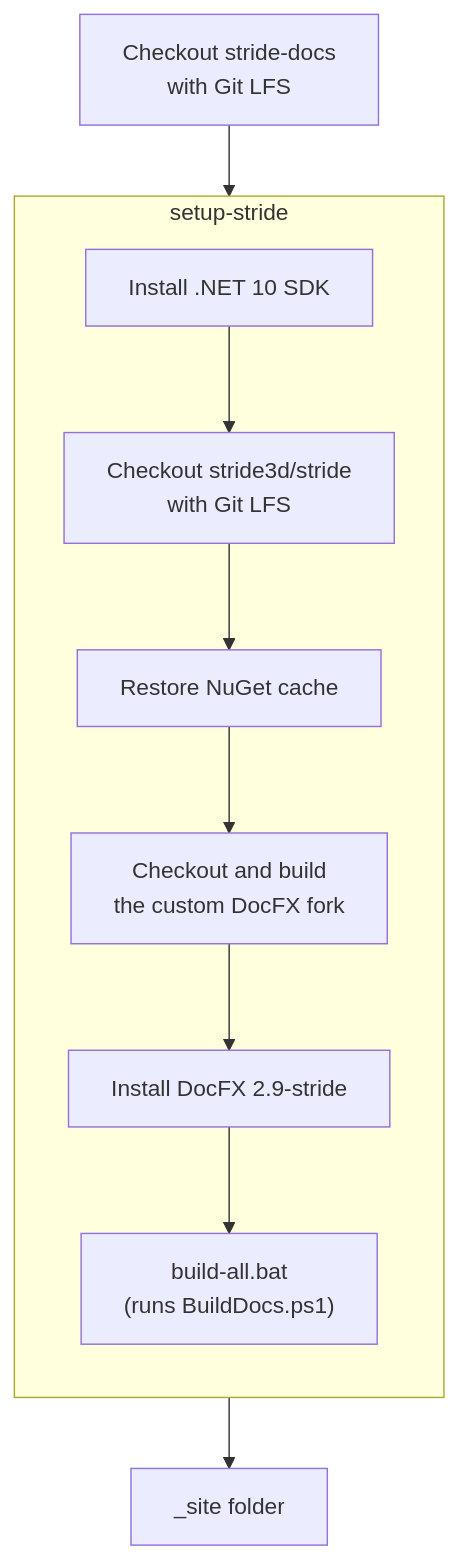
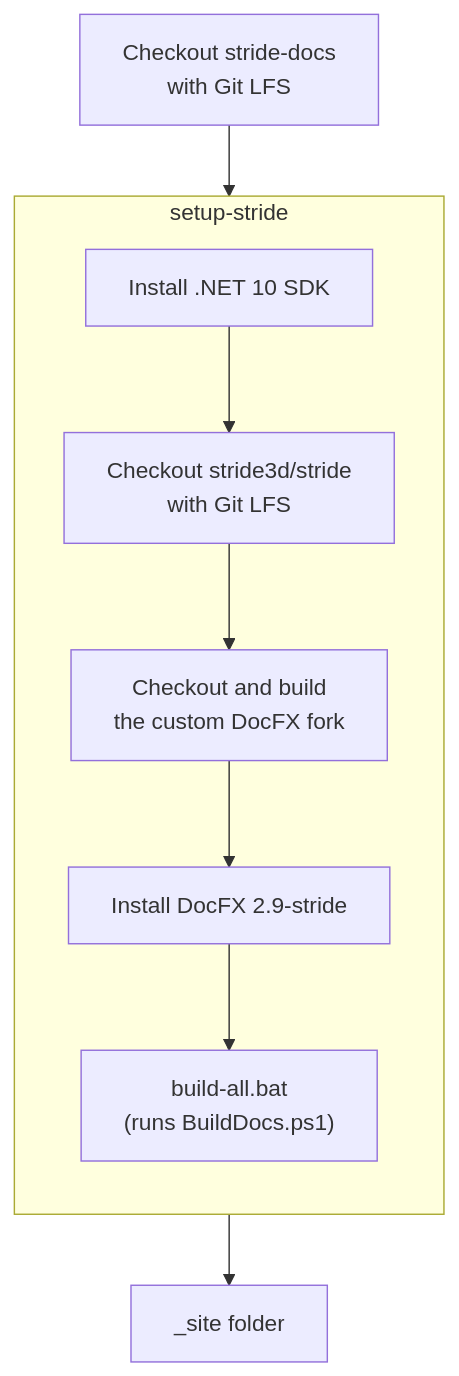
Before and after one commit to stride3d/stride-docs: the second of 3 diagrams in en/contributors/documentation/github-actions.md, drawn with Mermaid. The commit also changed other lines of this file and 1 other file, not shown here.

Commit message:
chore: Remove the NuGet packages cache
Restoring it (~1 GB, ~50 s) took longer than what it saved on the NuGet restores of the API build (~20 s), it was often missing (expired, or saved from another branch), and saving it took ~3 min.

````diff
--- a/en/contributors/documentation/github-actions.md
+++ b/en/contributors/documentation/github-actions.md
@@ -74,15 +74,14 @@
 ``` mermaid
 flowchart TD
     A[Checkout stride-docs<br/>with Git LFS] --> B[setup-stride composite action]
 
     subgraph B[setup-stride]
       direction TB
       B1[Install .NET 10 SDK] --> B3[Checkout stride3d/stride<br/>with Git LFS]
-      B3 --> B4[Restore NuGet cache]
-      B4 --> B5[Checkout and build<br/>the custom DocFX fork]
+      B3 --> B5[Checkout and build<br/>the custom DocFX fork]
       B5 --> B6[Install DocFX 2.9-stride]
       B6 --> B7["build-all.bat<br/>(runs BuildDocs.ps1)"]
     end
 
     B --> C[_site folder]
 ```
````
